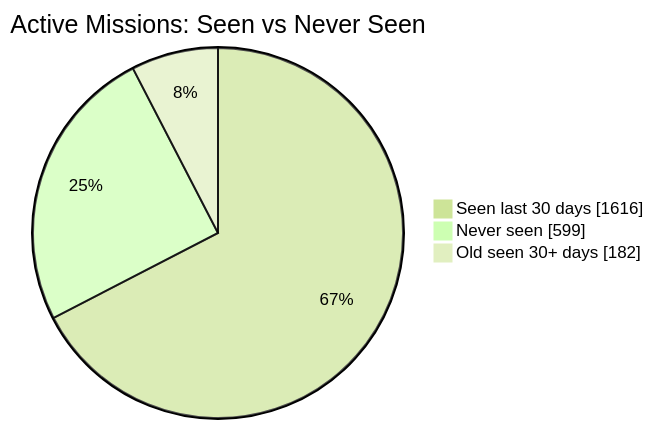
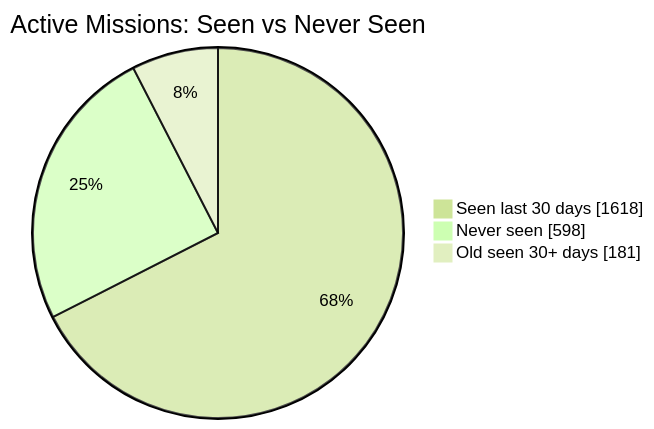
Before and after one commit to MeldkamerspelGameTeam/active-missions: the first of 2 diagrams in README.md, drawn with Mermaid (forest theme). The commit also changed other lines of this file and 3 other files, not shown here.

````diff
--- a/README.md
+++ b/README.md
@@ -34,7 +34,7 @@
 ```mermaid
 pie showData
     title Active Missions: Seen vs Never Seen
-    "Seen last 30 days" : 1616
-    "Never seen" : 599
-    "Old seen 30+ days" : 182
+    "Seen last 30 days" : 1618
+    "Never seen" : 598
+    "Old seen 30+ days" : 181
 ```
````
